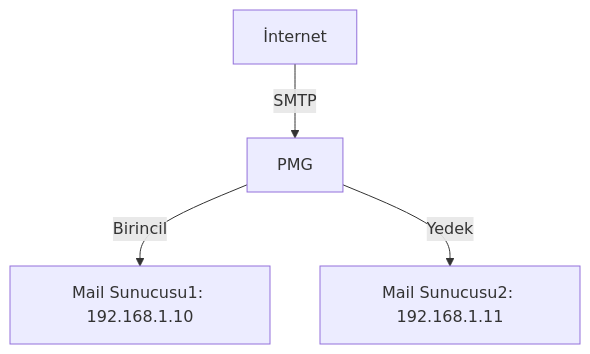
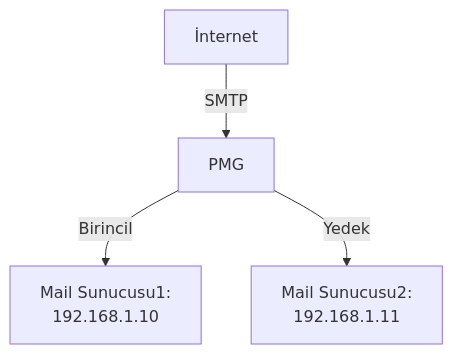
Before and after one commit to ugurcomptech/Mail-Cluster: the third of 5 diagrams in README.md, drawn with Mermaid. The commit also changed other lines of this file, not shown here.

````diff
--- a/README.md
+++ b/README.md
@@ -134,6 +135,6 @@
 ```mermaid
 graph TD
     A[İnternet] -->|SMTP| B[PMG]
-    B -->|Birincil| C[Mail Sunucusu1: 192.168.1.10]
-    B -->|Yedek| D[Mail Sunucusu2: 192.168.1.11]
+    B -->|Birincil| C[Mail Sunucusu1:<br>192.168.1.10]
+    B -->|Yedek| D[Mail Sunucusu2:<br>192.168.1.11]
 ```
````
